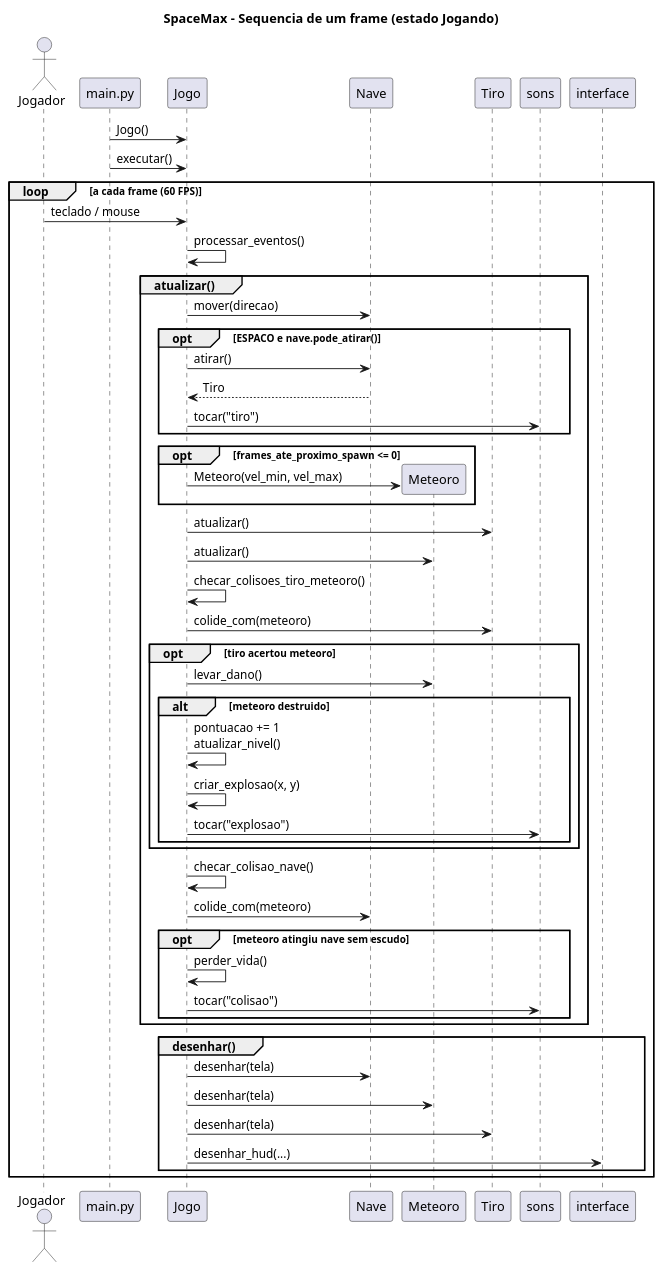
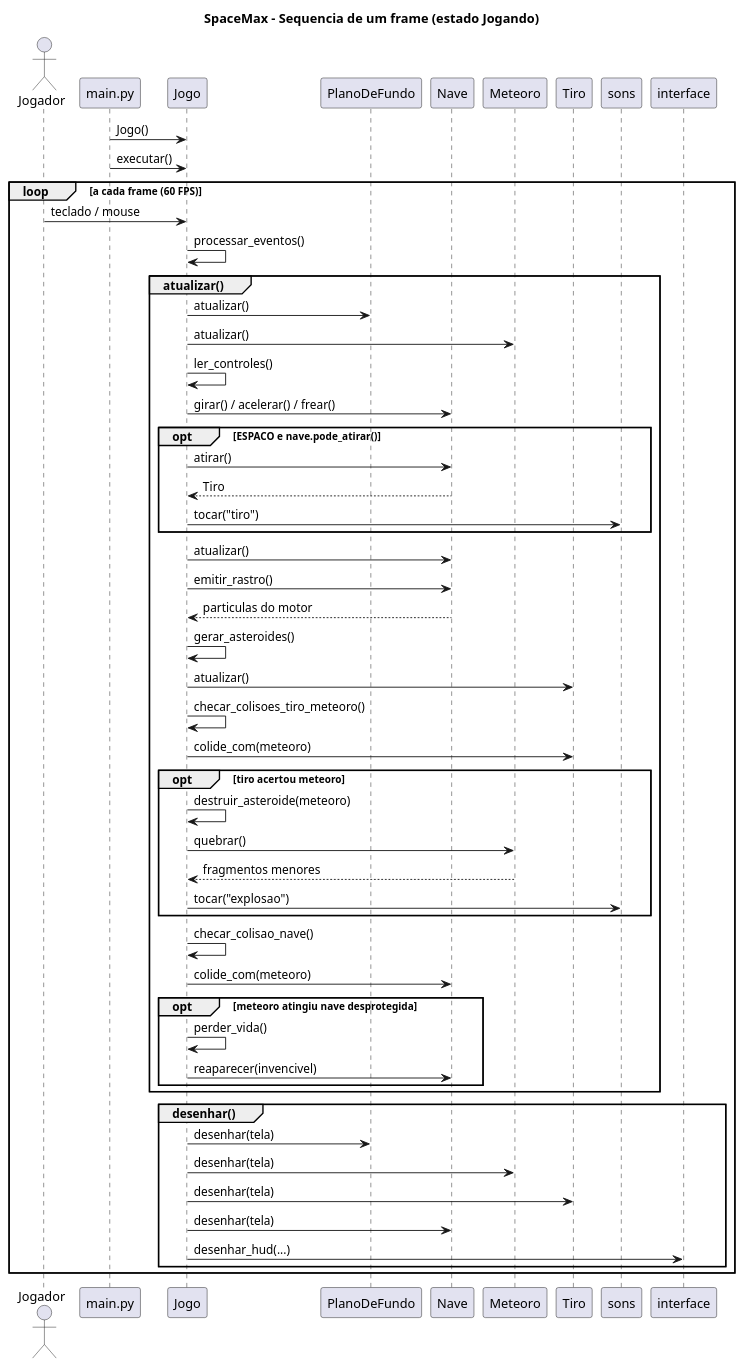
Before and after one commit to viniciussantos184/SpaceMax: the diagram in docs/uml/sequencia_frame.puml, drawn with PlantUML. The commit also changed 27 other files, not shown here.

```diff
--- a/docs/uml/sequencia_frame.puml
+++ b/docs/uml/sequencia_frame.puml
@@ -1,60 +1,63 @@
 @startuml sequencia_frame
 title SpaceMax - Sequencia de um frame (estado Jogando)
 
 actor Jogador
 participant "main.py" as Main
 participant Jogo
+participant PlanoDeFundo as Fundo
 participant Nave
 participant Meteoro
 participant Tiro
 participant "sons" as Sons
 participant "interface" as UI
 
 Main -> Jogo : Jogo()
 Main -> Jogo : executar()
 
 loop a cada frame (60 FPS)
   Jogador -> Jogo : teclado / mouse
   Jogo -> Jogo : processar_eventos()
 
   group atualizar()
-    Jogo -> Nave : mover(direcao)
+    Jogo -> Fundo : atualizar()
+    Jogo -> Meteoro : atualizar()
+    Jogo -> Jogo : ler_controles()
+    Jogo -> Nave : girar() / acelerar() / frear()
     opt ESPACO e nave.pode_atirar()
       Jogo -> Nave : atirar()
       Nave --> Jogo : Tiro
       Jogo -> Sons : tocar("tiro")
     end
-    opt frames_ate_proximo_spawn <= 0
-      Jogo -> Meteoro ** : Meteoro(vel_min, vel_max)
-    end
+    Jogo -> Nave : atualizar()
+    Jogo -> Nave : emitir_rastro()
+    Nave --> Jogo : particulas do motor
+    Jogo -> Jogo : gerar_asteroides()
     Jogo -> Tiro : atualizar()
-    Jogo -> Meteoro : atualizar()
 
     Jogo -> Jogo : checar_colisoes_tiro_meteoro()
     Jogo -> Tiro : colide_com(meteoro)
     opt tiro acertou meteoro
-      Jogo -> Meteoro : levar_dano()
-      alt meteoro destruido
-        Jogo -> Jogo : pontuacao += 1\natualizar_nivel()
-        Jogo -> Jogo : criar_explosao(x, y)
-        Jogo -> Sons : tocar("explosao")
-      end
+      Jogo -> Jogo : destruir_asteroide(meteoro)
+      Jogo -> Meteoro : quebrar()
+      Meteoro --> Jogo : fragmentos menores
+      Jogo -> Sons : tocar("explosao")
     end
 
     Jogo -> Jogo : checar_colisao_nave()
     Jogo -> Nave : colide_com(meteoro)
-    opt meteoro atingiu nave sem escudo
+    opt meteoro atingiu nave desprotegida
       Jogo -> Jogo : perder_vida()
-      Jogo -> Sons : tocar("colisao")
+      Jogo -> Nave : reaparecer(invencivel)
     end
   end
 
   group desenhar()
-    Jogo -> Nave : desenhar(tela)
+    Jogo -> Fundo : desenhar(tela)
     Jogo -> Meteoro : desenhar(tela)
     Jogo -> Tiro : desenhar(tela)
+    Jogo -> Nave : desenhar(tela)
     Jogo -> UI : desenhar_hud(...)
   end
 end
 
 @enduml
```
